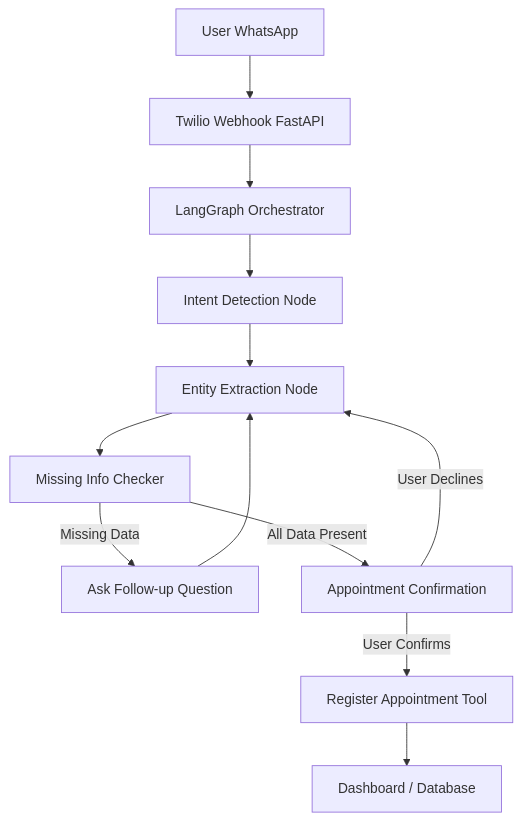
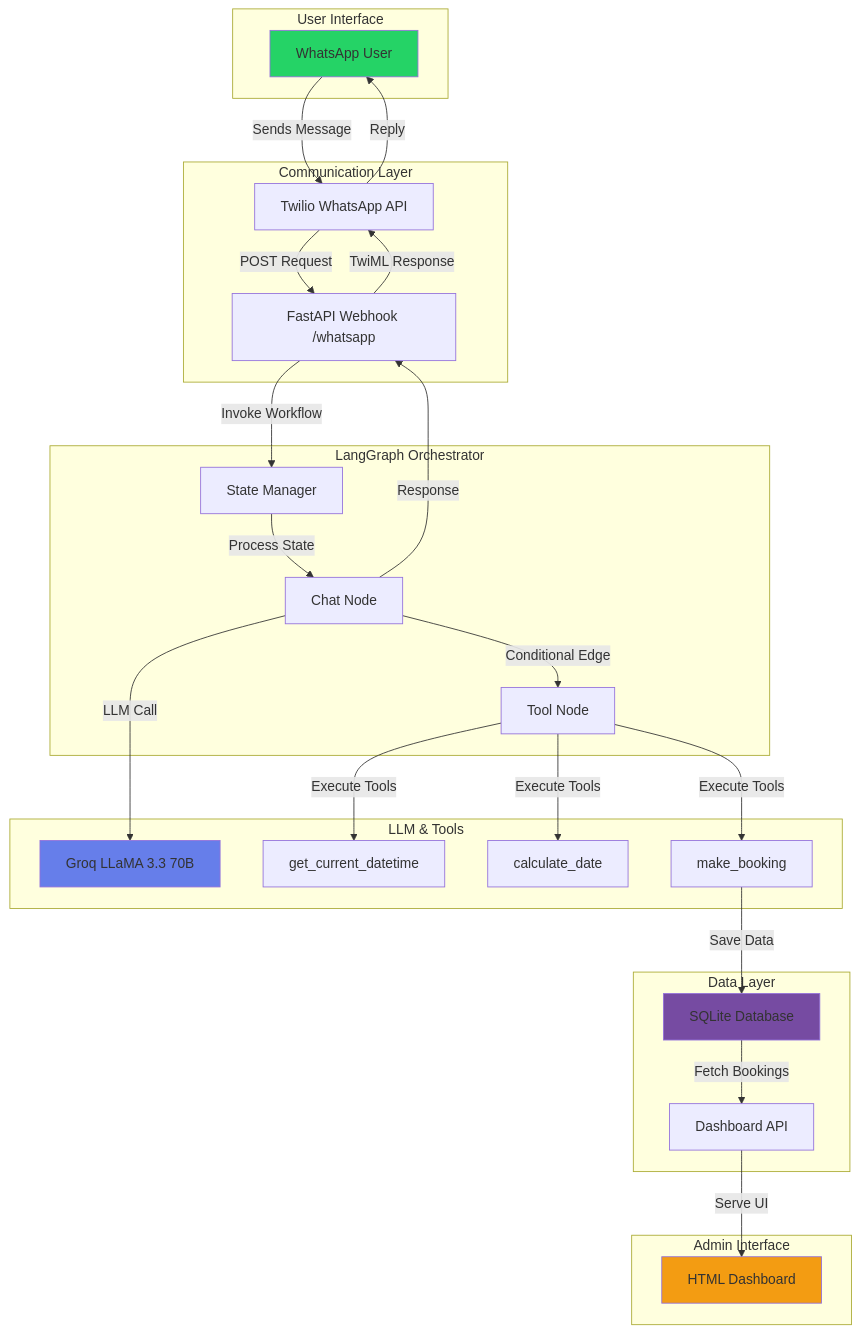
The first of 3 diagrams in README.md (anishdeshmukh9/whatsapp_appointment_assistant-), drawn with Mermaid before and after one commit. The commit also changed other lines of this file, not shown here.

````diff
--- a/README.md
+++ b/README.md
@@ -55,14 +36,54 @@
 ```mermaid
-graph TD
-    A[User WhatsApp] --> B[Twilio Webhook FastAPI]
-    B --> C[LangGraph Orchestrator]
-    C --> D[Intent Detection Node]
-    D --> E[Entity Extraction Node]
-    E --> F[Missing Info Checker]
-    F -->|Missing Data| G[Ask Follow-up Question]
-    G --> E
-    F -->|All Data Present| H[Appointment Confirmation]
-    H -->|User Confirms| I[Register Appointment Tool]
-    I --> J[Dashboard / Database]
-    H -->|User Declines| E
+graph TB
+    subgraph "User Interface"
+        A[WhatsApp User]
+    end
+    
+    subgraph "Communication Layer"
+        B[Twilio WhatsApp API]
+        C[FastAPI Webhook /whatsapp]
+    end
+    
+    subgraph "LangGraph Orchestrator"
+        D[State Manager]
+        E[Chat Node]
+        F[Tool Node]
+    end
+    
+    subgraph "LLM & Tools"
+        G[Groq LLaMA 3.3 70B]
+        H[get_current_datetime]
+        I[calculate_date]
+        J[make_booking]
+    end
+    
+    subgraph "Data Layer"
+        K[SQLite Database]
+        L[Dashboard API]
+    end
+    
+    subgraph "Admin Interface"
+        M[HTML Dashboard]
+    end
+    
+    A -->|Sends Message| B
+    B -->|POST Request| C
+    C -->|Invoke Workflow| D
+    D -->|Process State| E
+    E -->|LLM Call| G
+    E -->|Conditional Edge| F
+    F -->|Execute Tools| H
+    F -->|Execute Tools| I
+    F -->|Execute Tools| J
+    J -->|Save Data| K
+    K -->|Fetch Bookings| L
+    L -->|Serve UI| M
+    E -->|Response| C
+    C -->|TwiML Response| B
+    B -->|Reply| A
+    
+    style A fill:#25D366
+    style G fill:#667eea
+    style K fill:#764ba2
+    style M fill:#f39c12
 ```
````
